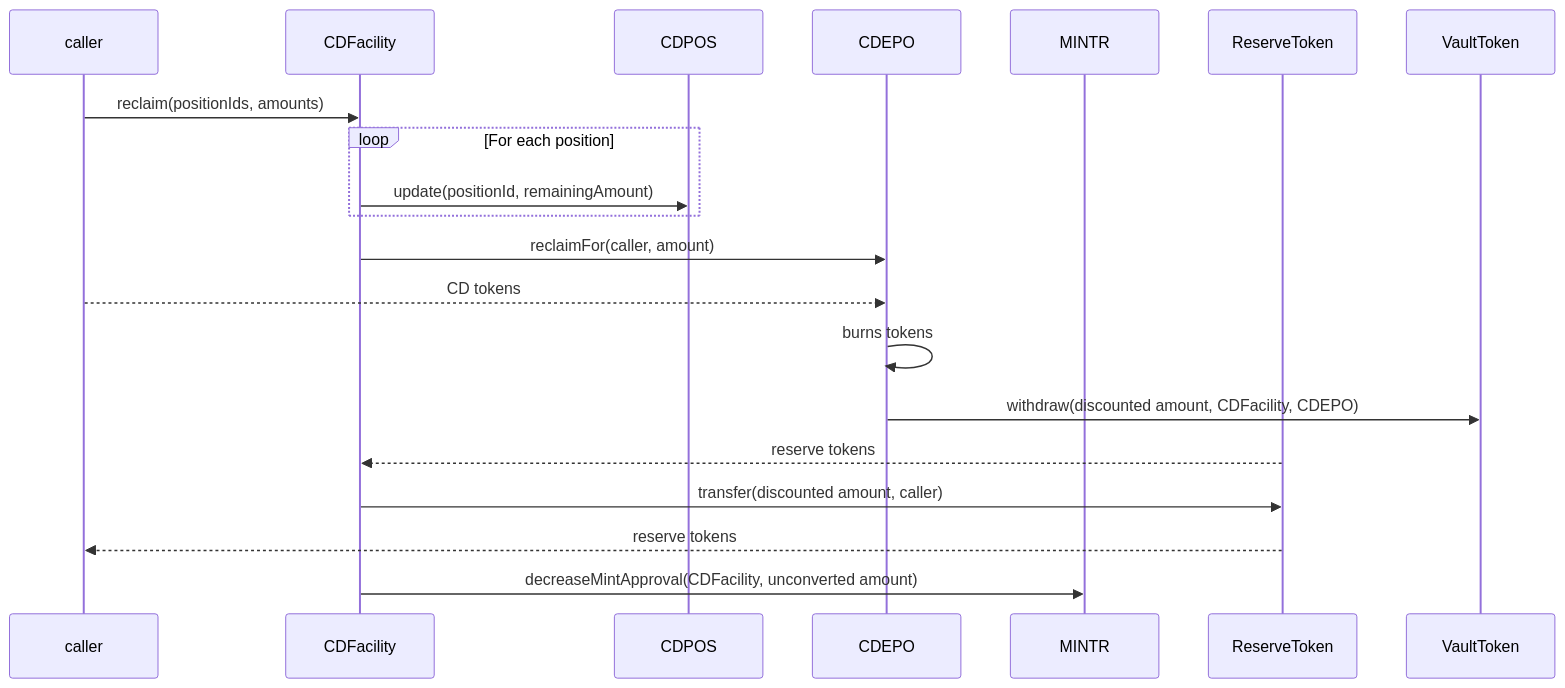
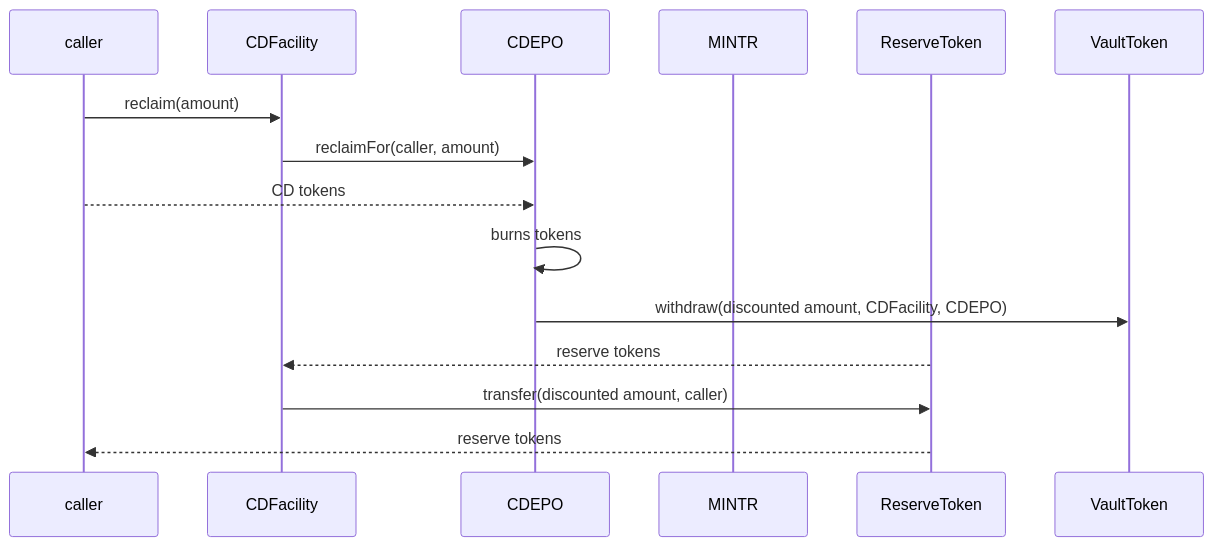
Before and after one commit to OlympusDAO/olympus-v3: the fifth of 6 diagrams in audit/2025-01_convertible-deposits/README.md, drawn with Mermaid. The commit also changed other lines of this file and 1 other file, not shown here.

````diff
--- a/audit/2025-01_convertible-deposits/README.md
+++ b/audit/2025-01_convertible-deposits/README.md
@@ -227,23 +227,18 @@
 ```mermaid
 sequenceDiagram
     participant caller
     participant CDFacility
-    participant CDPOS
     participant CDEPO
     participant MINTR
     participant ReserveToken
     participant VaultToken
 
-    caller->>CDFacility: reclaim(positionIds, amounts)
-    loop For each position
-        CDFacility->>CDPOS: update(positionId, remainingAmount)
-    end
+    caller->>CDFacility: reclaim(amount)
     CDFacility->>CDEPO: reclaimFor(caller, amount)
     caller-->>CDEPO: CD tokens
     CDEPO->>CDEPO: burns tokens
     CDEPO->>VaultToken: withdraw(discounted amount, CDFacility, CDEPO)
     ReserveToken-->>CDFacility: reserve tokens
     CDFacility->>ReserveToken: transfer(discounted amount, caller)
     ReserveToken-->>caller: reserve tokens
-    CDFacility->>MINTR: decreaseMintApproval(CDFacility, unconverted amount)
 ```
````
